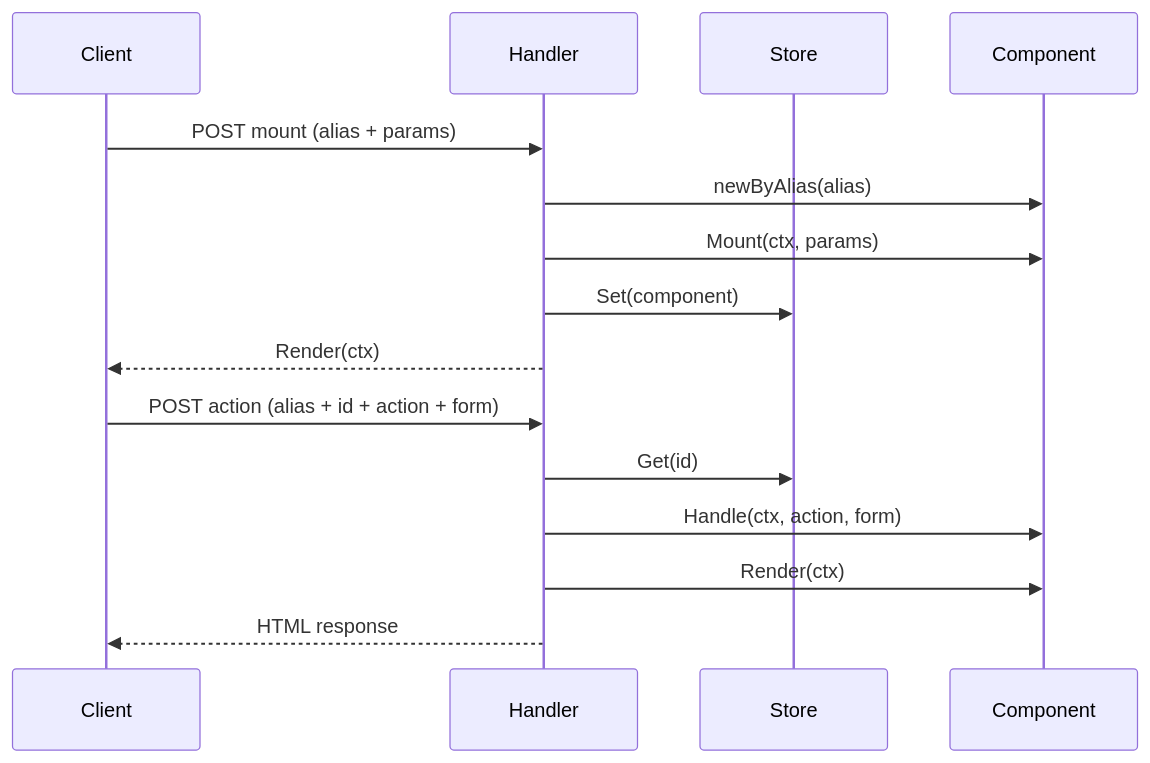
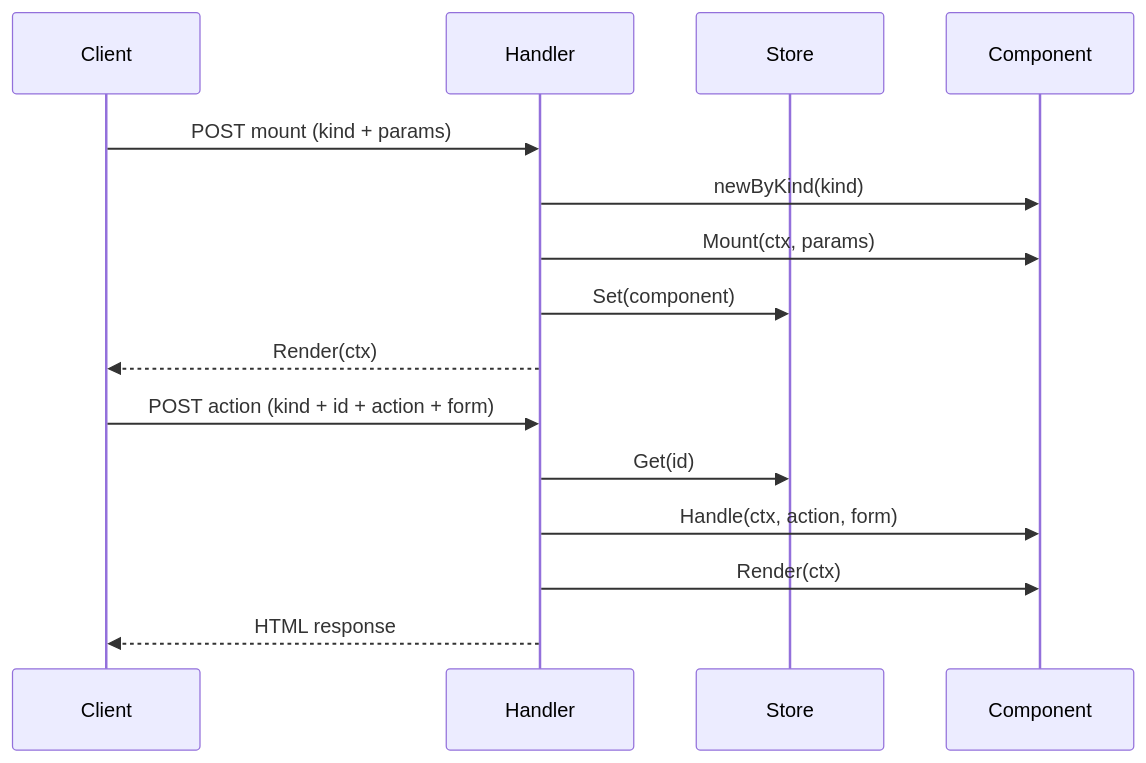
One commit to dracory/liveflux changed the diagram in docs/architecture.md. Above: the diagram before and after it, drawn with Mermaid. The commit also changed other lines of this file and 4 other files, not shown here.

First line of the commit message:
refactor: rename "alias" terminology to "kind" throughout codebase

````diff
--- a/docs/architecture.md
+++ b/docs/architecture.md
@@ -25,18 +25,18 @@
 ```mermaid
 sequenceDiagram
     participant Client
     participant Handler
     participant Store
     participant Component
 
-    Client->>Handler: POST mount (alias + params)
-    Handler->>Component: newByAlias(alias)
+    Client->>Handler: POST mount (kind + params)
+    Handler->>Component: newByKind(kind)
     Handler->>Component: Mount(ctx, params)
     Handler->>Store: Set(component)
     Handler-->>Client: Render(ctx)
-    Client->>Handler: POST action (alias + id + action + form)
+    Client->>Handler: POST action (kind + id + action + form)
     Handler->>Store: Get(id)
     Handler->>Component: Handle(ctx, action, form)
     Handler->>Component: Render(ctx)
     Handler-->>Client: HTML response
 ```
````
